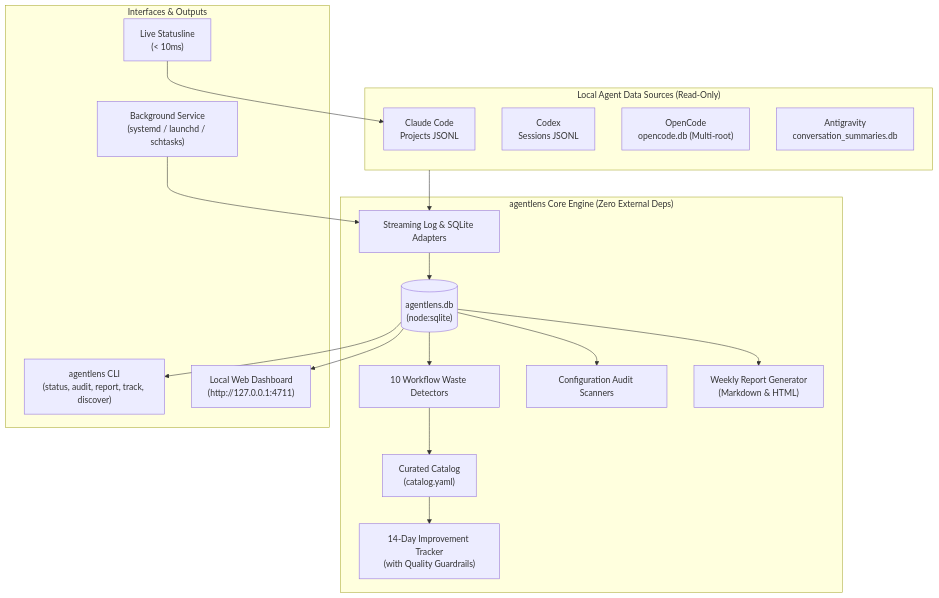
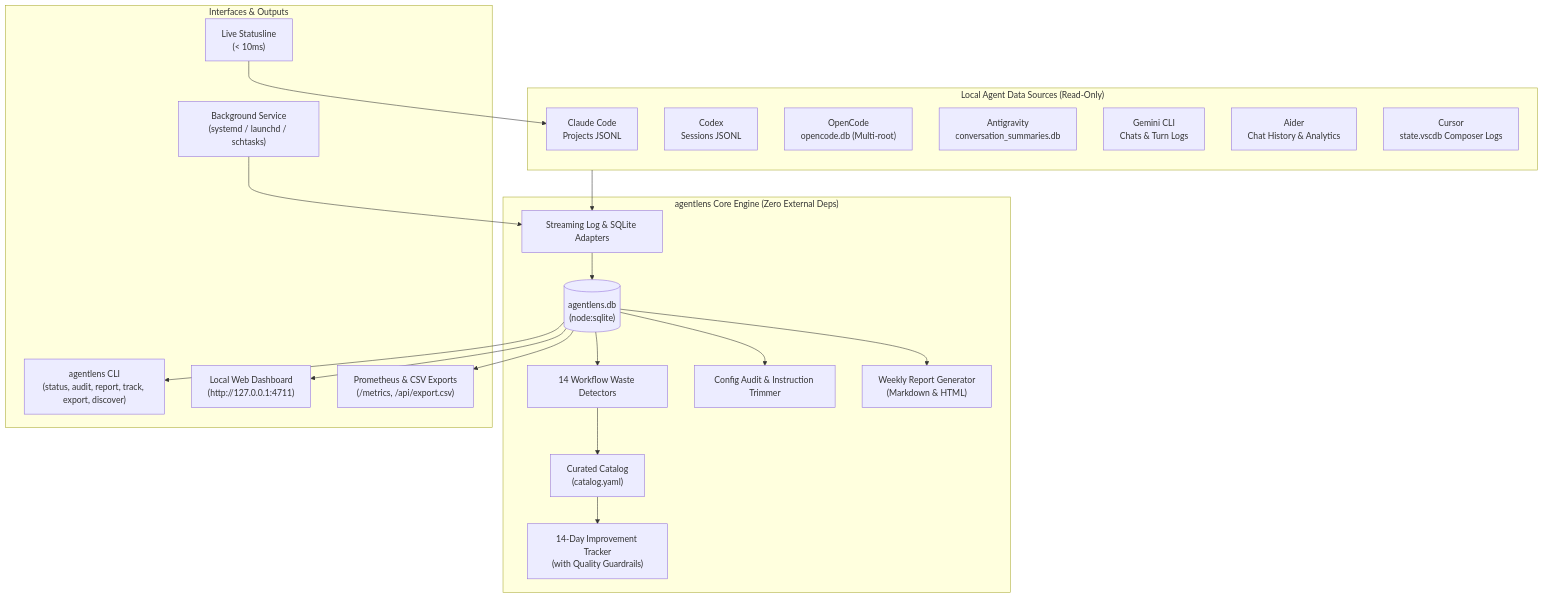
Before and after one commit to SohailElskhawy/agentlens: the diagram in README.md, drawn with Mermaid. The commit also changed other lines of this file and 5 other files, not shown here.

Commit message:
docs: update README capabilities, CLI reference, and screenshots for roadmap release

````diff
--- a/README.md
+++ b/README.md
@@ -60,38 +70,43 @@
 ```mermaid
 flowchart TD
     subgraph AgentSources["Local Agent Data Sources (Read-Only)"]
         CC["Claude Code\nProjects JSONL"]
         CX["Codex\nSessions JSONL"]
         OC["OpenCode\nopencode.db (Multi-root)"]
         AG["Antigravity\nconversation_summaries.db"]
+        GM["Gemini CLI\nChats & Turn Logs"]
+        AI["Aider\nChat History & Analytics"]
+        CR["Cursor\nstate.vscdb Composer Logs"]
     end
 
     subgraph CoreEngine["agentlens Core Engine (Zero External Deps)"]
         Adapters["Streaming Log & SQLite Adapters"]
         DB[("agentlens.db\n(node:sqlite)")]
-        Detectors["10 Workflow Waste Detectors"]
-        Audit["Configuration Audit Scanners"]
+        Detectors["14 Workflow Waste Detectors"]
+        Audit["Config Audit & Instruction Trimmer"]
         Catalog["Curated Catalog\n(catalog.yaml)"]
         Reports["Weekly Report Generator\n(Markdown & HTML)"]
         Tracker["14-Day Improvement Tracker\n(with Quality Guardrails)"]
     end
 
     subgraph Outputs["Interfaces & Outputs"]
         Statusline["Live Statusline\n(< 10ms)"]
-        CLI["agentlens CLI\n(status, audit, report, track, discover)"]
+        CLI["agentlens CLI\n(status, audit, report, track, export, discover)"]
         WebUI["Local Web Dashboard\n(http://127.0.0.1:4711)"]
         Service["Background Service\n(systemd / launchd / schtasks)"]
+        Metrics["Prometheus & CSV Exports\n(/metrics, /api/export.csv)"]
     end
 
     AgentSources --> Adapters
     Adapters --> DB
     DB --> Detectors
     DB --> Audit
     Detectors --> Catalog
     Catalog --> Tracker
     DB --> Reports
     DB --> WebUI
     DB --> CLI
+    DB --> Metrics
     Statusline --> CC
     Service --> Adapters
 ```
````
